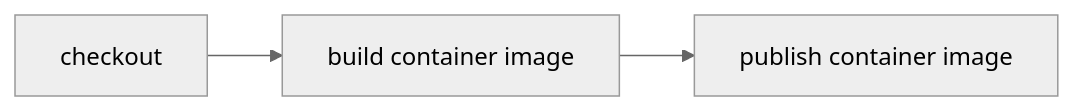
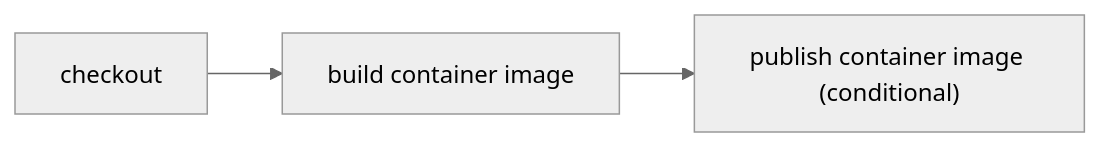
Before and after one commit to ericclemmons/effect-ci-testbed: the diagram in examples/custom-container-image/README.md, drawn with Mermaid (neutral theme). The commit also changed 6 other files, not shown here.

````diff
--- a/examples/custom-container-image/README.md
+++ b/examples/custom-container-image/README.md
@@ -5,8 +5,8 @@
 ```mermaid
 flowchart LR
   step_checkout["checkout"]
   step_build_container_image["build container image"]
-  step_publish_container_image["publish container image"]
+  step_publish_container_image["publish container image (conditional)"]
   step_checkout --> step_build_container_image
   step_build_container_image --> step_publish_container_image
 ```
````
